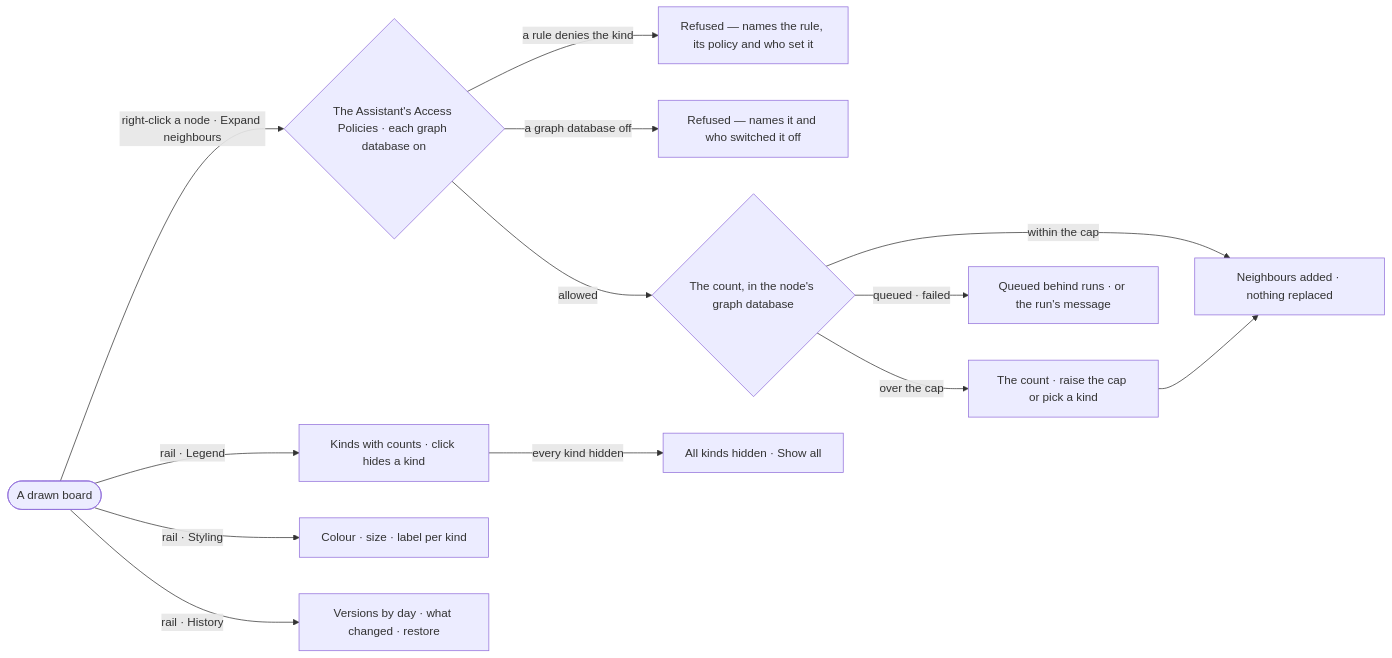
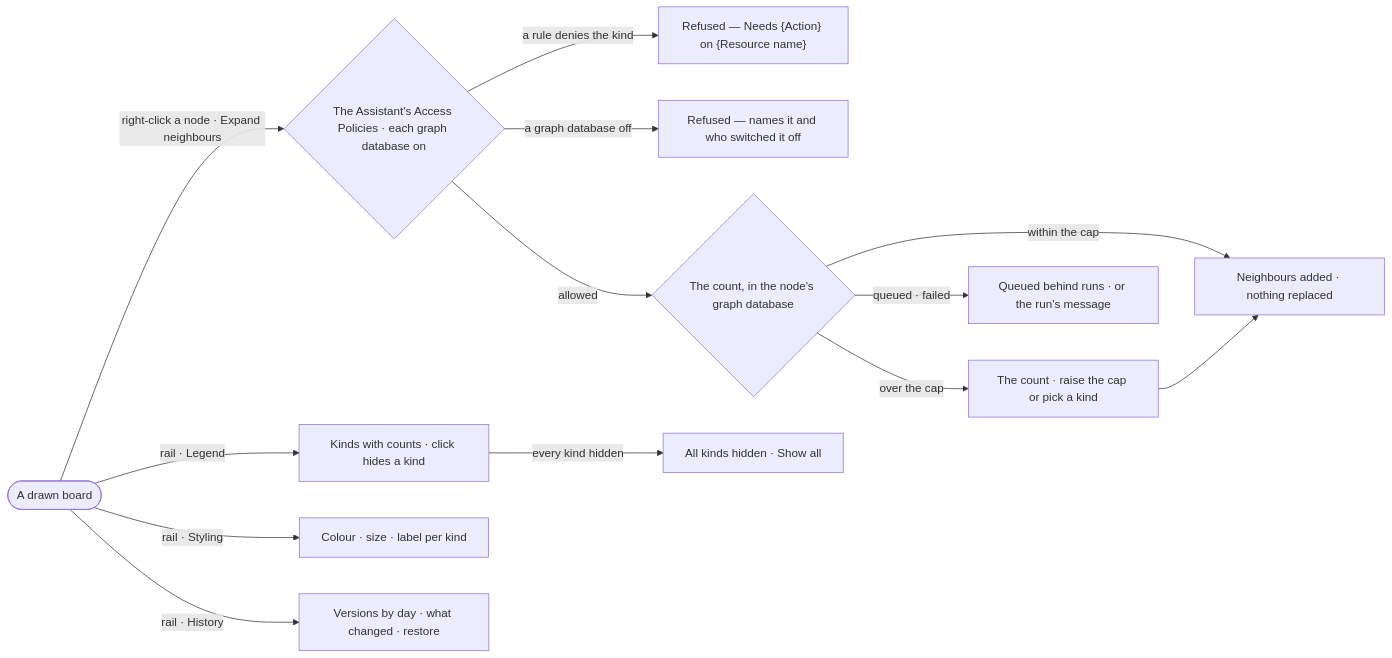
Before and after one commit to invana/invana: the diagram in specs/capabilities/explore/features/EX-F01-the-board-and-its-canvas/stories/EX-09-shape-the-board-by-hand/story.md, drawn with Mermaid. The commit also changed 13 other files, not shown here.

Commit message:
docs(specs): refusals and grants never name a rule without Read on Access Policies

````diff
--- a/specs/capabilities/explore/features/EX-F01-the-board-and-its-canvas/stories/EX-09-shape-the-board-by-hand/story.md
+++ b/specs/capabilities/explore/features/EX-F01-the-board-and-its-canvas/stories/EX-09-shape-the-board-by-hand/story.md
@@ -28,14 +28,14 @@
 ```mermaid
 flowchart LR
   a([A drawn board]) -->|right-click a node · Expand neighbours| ck{"The Assistant's Access Policies · each graph database on"}
-  ck -->|a rule denies the kind| r["Refused — names the rule, its policy and who set it"]
+  ck -->|a rule denies the kind| r["Refused — Needs {Action} on {Resource name}"]
   ck -->|a graph database off| off["Refused — names it and who switched it off"]
   ck -->|allowed| c{The count, in the node's graph database}
   c -->|within the cap| d["Neighbours added · nothing replaced"]
   c -->|over the cap| k["The count · raise the cap or pick a kind"] --> d
   c -->|queued · failed| q["Queued behind runs · or the run's message"]
   a -->|rail · Legend| l["Kinds with counts · click hides a kind"]
   l -->|every kind hidden| s["All kinds hidden · Show all"]
   a -->|rail · Styling| st["Colour · size · label per kind"]
   a -->|rail · History| h["Versions by day · what changed · restore"]
 ```
````
